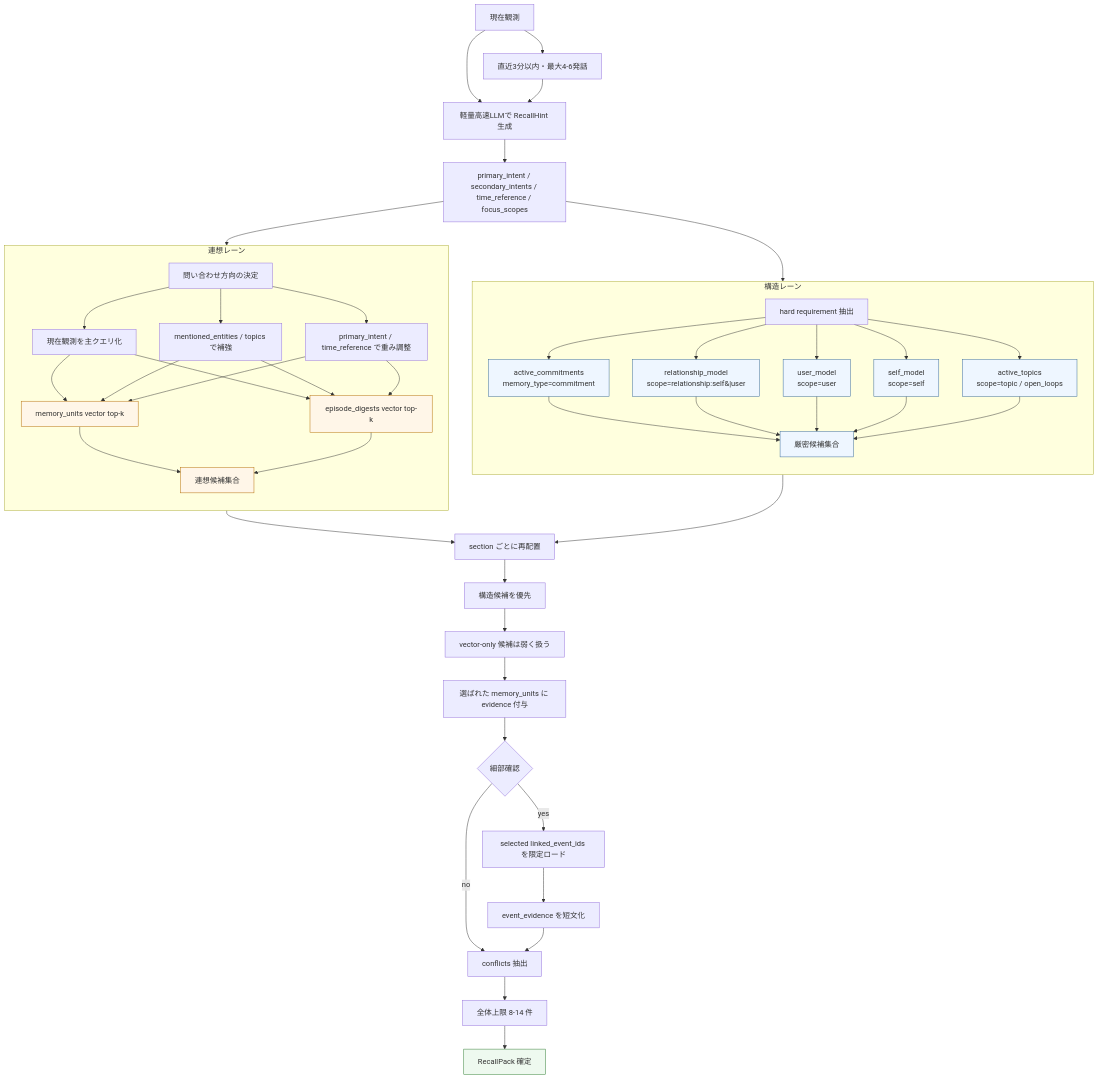
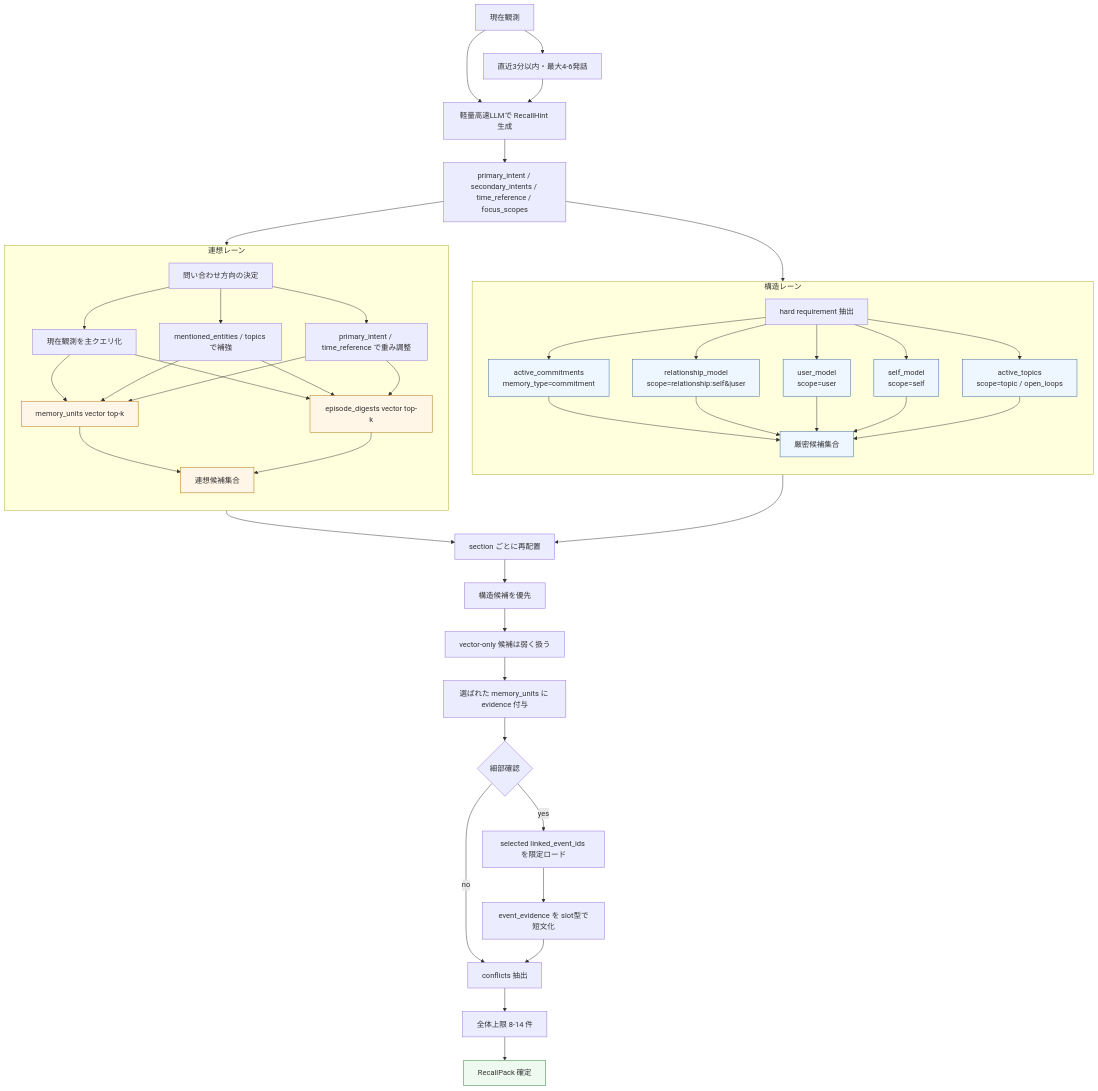
Before and after one commit to hirona98/OtomeKairo: the second of 10 diagrams in docs/reference/memory/02_想起と判断フロー図.md, drawn with Mermaid. The commit also changed other lines of this file and 3 other files, not shown here.

Commit message:
event_evidence` の圧縮ルール

````diff
--- a/docs/reference/memory/02_想起と判断フロー図.md
+++ b/docs/reference/memory/02_想起と判断フロー図.md
@@ -128,73 +128,73 @@
 ```mermaid
 flowchart TD
     A[現在観測] --> B[直近3分以内・最大4-6発話]
     A --> C[軽量高速LLMで RecallHint 生成]
     B --> C
     C --> D[primary_intent / secondary_intents / time_reference / focus_scopes]
 
     D --> E1
     D --> E2
 
     subgraph SL[構造レーン]
         direction TB
         E1[hard requirement 抽出]
         F1[active_commitments<br/>memory_type=commitment]
         F2[relationship_model<br/>scope=relationship:self&#124;user]
         F3[user_model<br/>scope=user]
         F4[self_model<br/>scope=self]
         F5[active_topics<br/>scope=topic / open_loops]
         G1[厳密候補集合]
         E1 --> F1
         E1 --> F2
         E1 --> F3
         E1 --> F4
         E1 --> F5
         F1 --> G1
         F2 --> G1
         F3 --> G1
         F4 --> G1
         F5 --> G1
     end
 
     subgraph VL[連想レーン]
         direction TB
         E2[問い合わせ方向の決定]
         H1[現在観測を主クエリ化]
         H2[mentioned_entities / topics で補強]
         H3[primary_intent / time_reference で重み調整]
         H4[memory_units vector top-k]
         H5[episode_digests vector top-k]
         H6[連想候補集合]
         E2 --> H1
         E2 --> H2
         E2 --> H3
         H1 --> H4
         H1 --> H5
         H2 --> H4
         H2 --> H5
         H3 --> H4
         H3 --> H5
         H4 --> H6
         H5 --> H6
     end
 
     G1 --> I[section ごとに再配置]
     H6 --> I
     I --> J[構造候補を優先]
     J --> K[vector-only 候補は弱く扱う]
     K --> L[選ばれた memory_units に evidence 付与]
     L --> X{細部確認}
     X -- no --> M[conflicts 抽出]
     X -- yes --> Y[selected linked_event_ids を限定ロード]
-    Y --> Z[event_evidence を短文化]
+    Y --> Z[event_evidence を slot型で短文化]
     Z --> M
     M --> N[全体上限 8-14 件]
     N --> O[RecallPack 確定]
 
     classDef strong fill:#eef6ff,stroke:#336699,stroke-width:1px;
     classDef assoc fill:#fff6e8,stroke:#b36b00,stroke-width:1px;
     classDef out fill:#eef9ef,stroke:#2f7d32,stroke-width:1px;
     class F1,F2,F3,F4,F5,G1 strong;
     class H4,H5,H6 assoc;
     class O out;
 ```
````
